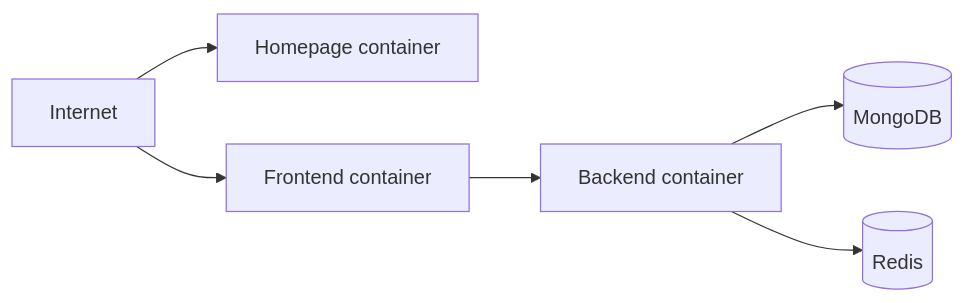
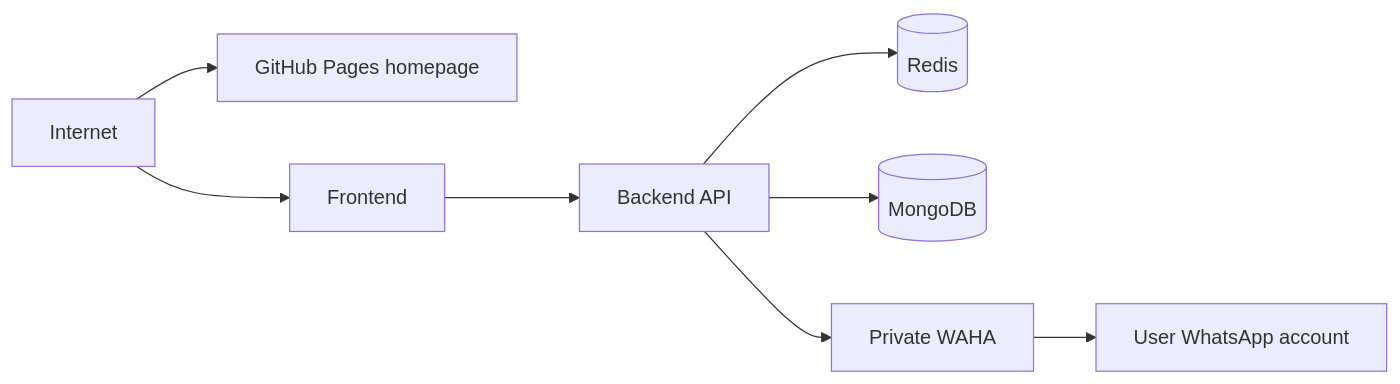
The diagram in solosync/README.md (solosynctech/infra), drawn with Mermaid before and after one commit. The commit also changed other lines of this file, not shown here.

Commit message:
docs: update architecture for private WAHA and GitHub Pages

````diff
--- a/solosync/README.md
+++ b/solosync/README.md
@@ -11,8 +7,10 @@
 ```mermaid
 graph LR
- Internet --> Home[Homepage container]
- Internet --> Frontend[Frontend container]
- Frontend --> Backend[Backend container]
+ Internet --> Home[GitHub Pages homepage]
+ Internet --> Frontend[Frontend]
+ Frontend --> Backend[Backend API]
+ Backend --> Redis[(Redis)]
  Backend --> Mongo[(MongoDB)]
- Backend --> Redis[(Redis)]
+ Backend --> WAHA[Private WAHA]
+ WAHA --> WhatsApp[User WhatsApp account]
 ```
````
